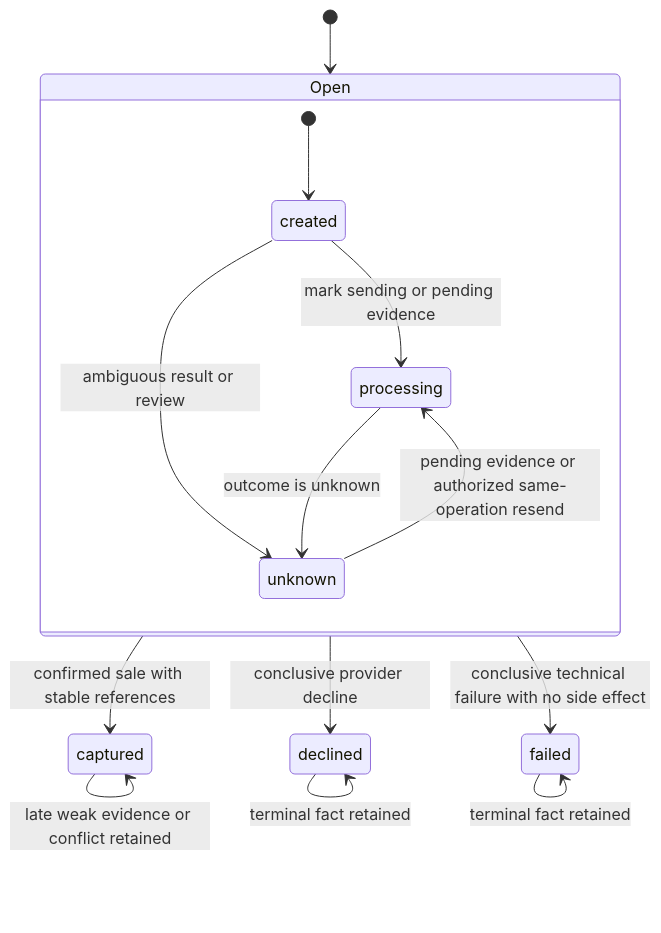
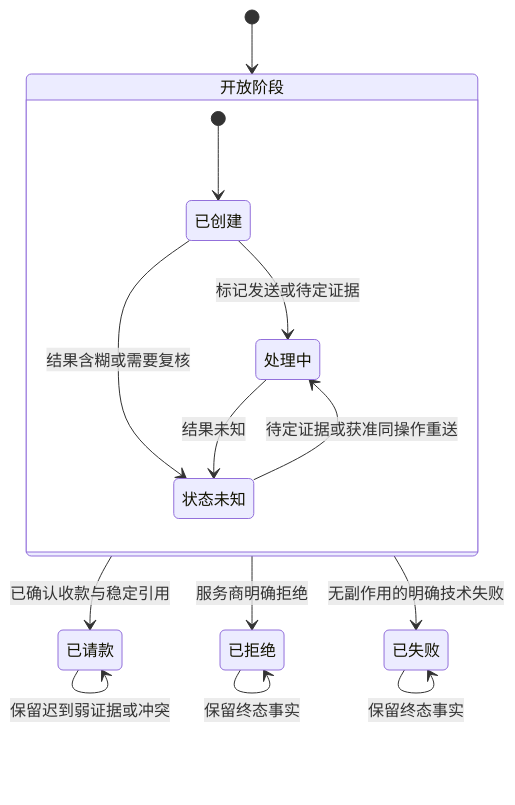
The third of 4 diagrams in appendices/payment-state-models.md (YouEclipse/Designing-Modern-Payment-Systems), drawn with Mermaid before and after one commit. The commit also changed other lines of this file and 59 other files, not shown here.

````diff
--- a/appendices/payment-state-models.md
+++ b/appendices/payment-state-models.md
@@ -69,17 +73,23 @@
 ```mermaid
 stateDiagram-v2
     [*] --> Open
-    state Open {
+    state "开放阶段" as Open {
+        state "已创建" as created
+        state "处理中" as processing
+        state "状态未知" as unknown
         [*] --> created
-        created --> processing: mark sending or pending evidence
-        created --> unknown: ambiguous result or review
-        processing --> unknown: outcome is unknown
-        unknown --> processing: pending evidence or authorized same-operation resend
+        created --> processing: 标记发送或待定证据
+        created --> unknown: 结果含糊或需要复核
+        processing --> unknown: 结果未知
+        unknown --> processing: 待定证据或获准同操作重送
     }
-    Open --> captured: confirmed sale with stable references
-    Open --> declined: conclusive provider decline
-    Open --> failed: conclusive technical failure with no side effect
-    captured --> captured: late weak evidence or conflict retained
-    declined --> declined: terminal fact retained
-    failed --> failed: terminal fact retained
+    state "已请款" as captured
+    state "已拒绝" as declined
+    state "已失败" as failed
+    Open --> captured: 已确认收款与稳定引用
+    Open --> declined: 服务商明确拒绝
+    Open --> failed: 无副作用的明确技术失败
+    captured --> captured: 保留迟到弱证据或冲突
+    declined --> declined: 保留终态事实
+    failed --> failed: 保留终态事实
 ```
````
